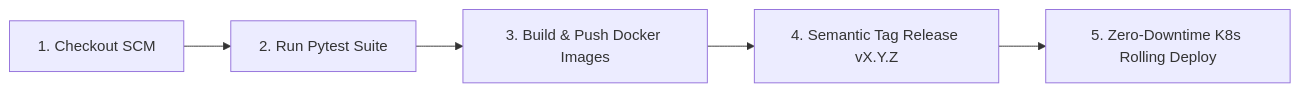
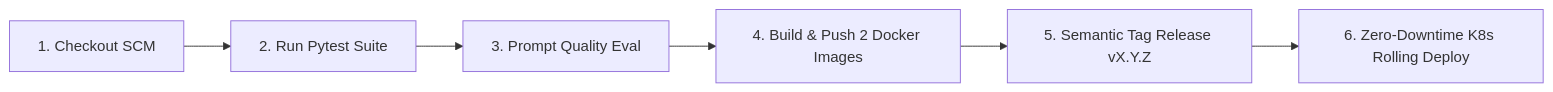
Before and after one commit to nhannhan2201/final_coursework: the diagram in final_llm_agent/docs/cicd.md, drawn with Mermaid. The commit also changed other lines of this file and 3 other files, not shown here.

````diff
--- a/final_llm_agent/docs/cicd.md
+++ b/final_llm_agent/docs/cicd.md
@@ -19,7 +19,8 @@
 ```mermaid
 graph LR
     A[1. Checkout SCM] --> B[2. Run Pytest Suite]
-    B --> C[3. Build & Push Docker Images]
-    C --> D[4. Semantic Tag Release vX.Y.Z]
-    D --> E[5. Zero-Downtime K8s Rolling Deploy]
+    B --> C[3. Prompt Quality Eval]
+    C --> D[4. Build & Push 2 Docker Images]
+    D --> E[5. Semantic Tag Release vX.Y.Z]
+    E --> F[6. Zero-Downtime K8s Rolling Deploy]
 ```
````
